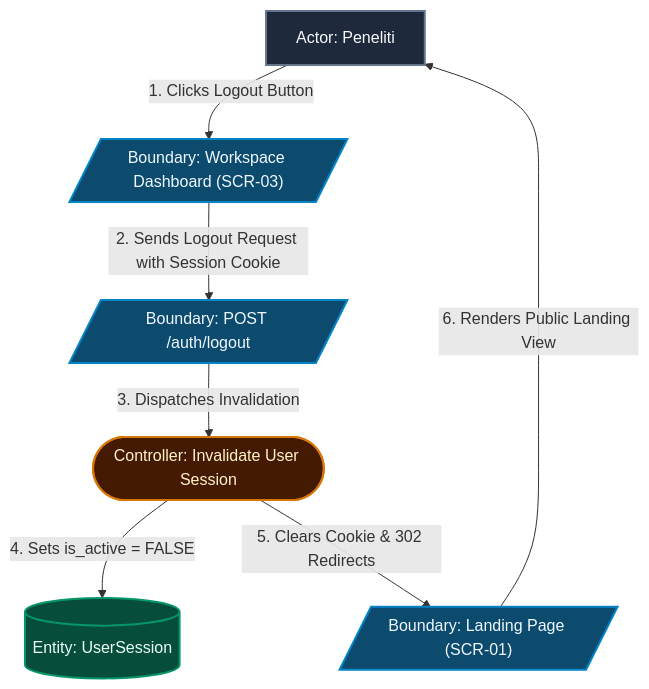
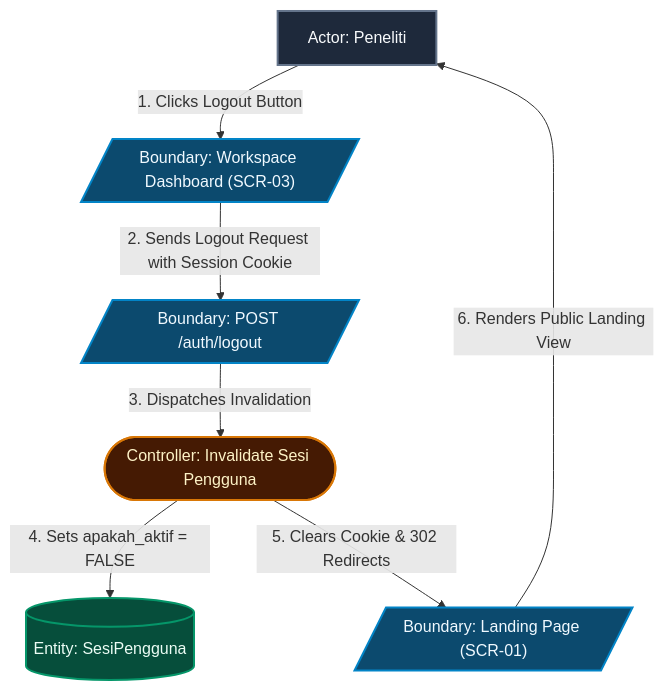
Before and after one commit to Gzaa19/Telaah: the third of 6 diagrams in specs/001-google-oauth-login/plan.md, drawn with Mermaid. The commit also changed other lines of this file and 15 other files, not shown here.

````diff
--- a/specs/001-google-oauth-login/plan.md
+++ b/specs/001-google-oauth-login/plan.md
@@ -126,23 +126,23 @@
 ```mermaid
 flowchart TD
     classDef actor fill:#1e293b,stroke:#64748b,stroke-width:2px,color:#f8fafc
     classDef boundary fill:#0c4a6e,stroke:#0284c7,stroke-width:2px,color:#f0f9ff
     classDef controller fill:#451a03,stroke:#d97706,stroke-width:2px,color:#fef3c7
     classDef entity fill:#064e3b,stroke:#059669,stroke-width:2px,color:#ecfdf5
 
     Actor_Peneliti["Actor: Peneliti"]:::actor
 
     B_Dashboard[/"Boundary: Workspace Dashboard (SCR-03)"/]:::boundary
     B_LogoutAPI[/"Boundary: POST /auth/logout"/]:::boundary
     B_Landing[/"Boundary: Landing Page (SCR-01)"/]:::boundary
 
-    C_InvalidateSession(["Controller: Invalidate User Session"]):::controller
-    E_Session[("Entity: UserSession")]:::entity
+    C_InvalidateSession(["Controller: Invalidate Sesi Pengguna"]):::controller
+    E_Session[("Entity: SesiPengguna")]:::entity
 
     Actor_Peneliti -->|"1. Clicks Logout Button"| B_Dashboard
     B_Dashboard -->|"2. Sends Logout Request with Session Cookie"| B_LogoutAPI
     B_LogoutAPI -->|"3. Dispatches Invalidation"| C_InvalidateSession
-    C_InvalidateSession -->|"4. Sets is_active = FALSE"| E_Session
+    C_InvalidateSession -->|"4. Sets apakah_aktif = FALSE"| E_Session
     C_InvalidateSession -->|"5. Clears Cookie & 302 Redirects"| B_Landing
     B_Landing -->|"6. Renders Public Landing View"| Actor_Peneliti
 ```
````
